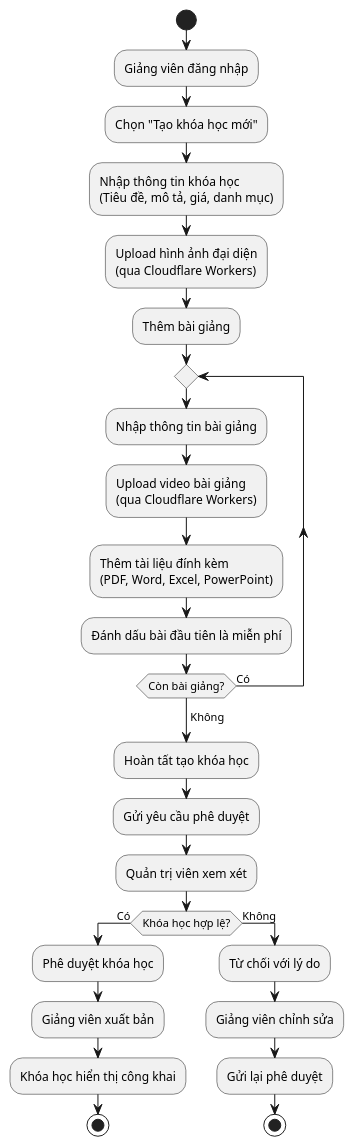
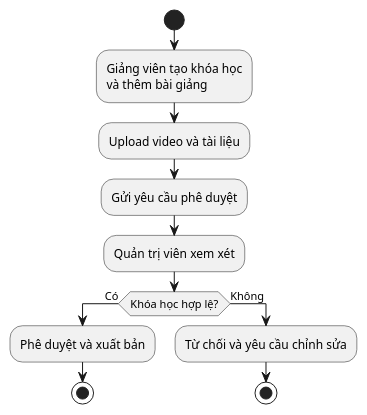
The second of 18 diagrams in khoitriso-be/BIEU_DO_UML.md (ngocnghia81/KhoiTriSo-PHP), drawn with PlantUML before and after one commit. The commit also changed other lines of this file and 23 other files, not shown here.

````diff
--- a/khoitriso-be/BIEU_DO_UML.md
+++ b/khoitriso-be/BIEU_DO_UML.md
@@ -56,32 +39,17 @@
 ```plantuml
 @startuml
 start
-:Giảng viên đăng nhập;
-:Chọn "Tạo khóa học mới";
-:Nhập thông tin khóa học\n(Tiêu đề, mô tả, giá, danh mục);
-:Upload hình ảnh đại diện\n(qua Cloudflare Workers);
-:Thêm bài giảng;
-repeat
-  :Nhập thông tin bài giảng;
-  :Upload video bài giảng\n(qua Cloudflare Workers);
-  :Thêm tài liệu đính kèm\n(PDF, Word, Excel, PowerPoint);
-  :Đánh dấu bài đầu tiên là miễn phí;
-repeat while (Còn bài giảng?) is (Có)
--> Không;
-:Hoàn tất tạo khóa học;
+:Giảng viên tạo khóa học\nvà thêm bài giảng;
+:Upload video và tài liệu;
 :Gửi yêu cầu phê duyệt;
 :Quản trị viên xem xét;
 if (Khóa học hợp lệ?) then (Có)
-  :Phê duyệt khóa học;
-  :Giảng viên xuất bản;
-  :Khóa học hiển thị công khai;
+  :Phê duyệt và xuất bản;
   stop
 else (Không)
-  :Từ chối với lý do;
-  :Giảng viên chỉnh sửa;
-  :Gửi lại phê duyệt;
+  :Từ chối và yêu cầu chỉnh sửa;
   stop
 endif
 
 @enduml
 ```
````
